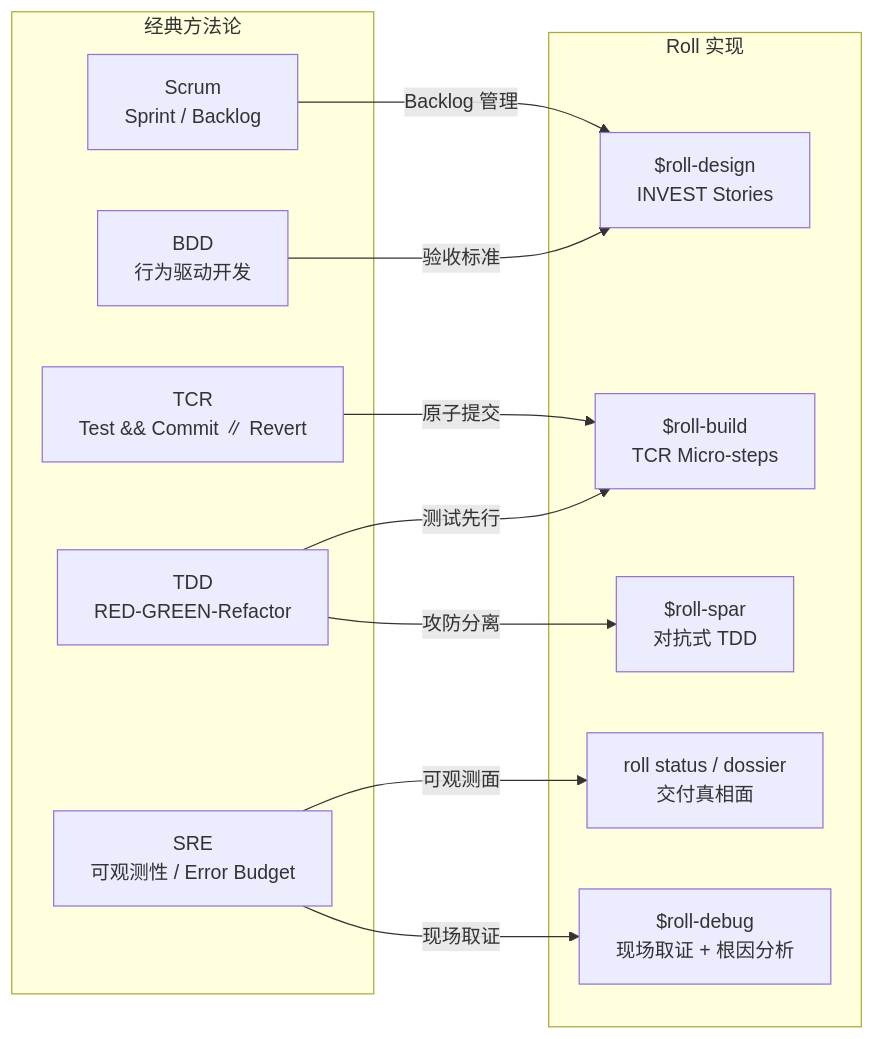
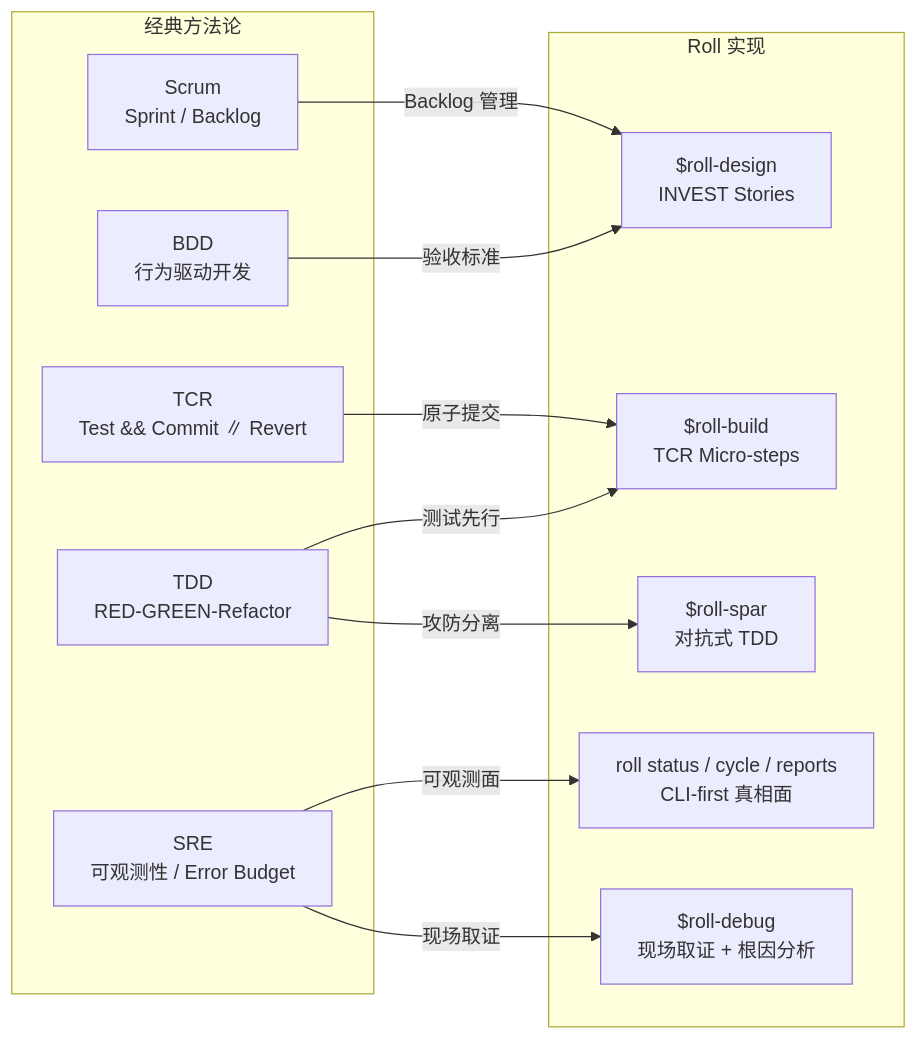
Before and after one commit to seanyao/roll: the second of 2 diagrams in guide/zh/methodology.md, drawn with Mermaid. The commit also changed other lines of this file and 73 other files, not shown here.

First line of the commit message:
v4: Supervisor + Story Execution Architecture (US-V4-001..010) (#1068)

````diff
--- a/guide/zh/methodology.md
+++ b/guide/zh/methodology.md
@@ -525,26 +528,26 @@
 ```mermaid
 graph LR
     subgraph "经典方法论"
         BDD["BDD<br/>行为驱动开发"]
         S["Scrum<br/>Sprint / Backlog"]
         T["TDD<br/>RED-GREEN-Refactor"]
         TCR["TCR<br/>Test && Commit ∥ Revert"]
         SRE["SRE<br/>可观测性 / Error Budget"]
     end
 
     subgraph "Roll 实现"
         D["$roll-design<br/>INVEST Stories"]
         SB["$roll-build<br/>TCR Micro-steps"]
         SP["$roll-spar<br/>对抗式 TDD"]
-        ST["roll status / dossier<br/>交付真相面"]
+        ST["roll status / cycle / reports<br/>CLI-first 真相面"]
         BB["$roll-debug<br/>现场取证 + 根因分析"]
     end
 
     BDD -->|"验收标准"| D
     S -->|"Backlog 管理"| D
     T -->|"测试先行"| SB
     TCR -->|"原子提交"| SB
     T -->|"攻防分离"| SP
     SRE -->|"可观测面"| ST
     SRE -->|"现场取证"| BB
 ```
````
